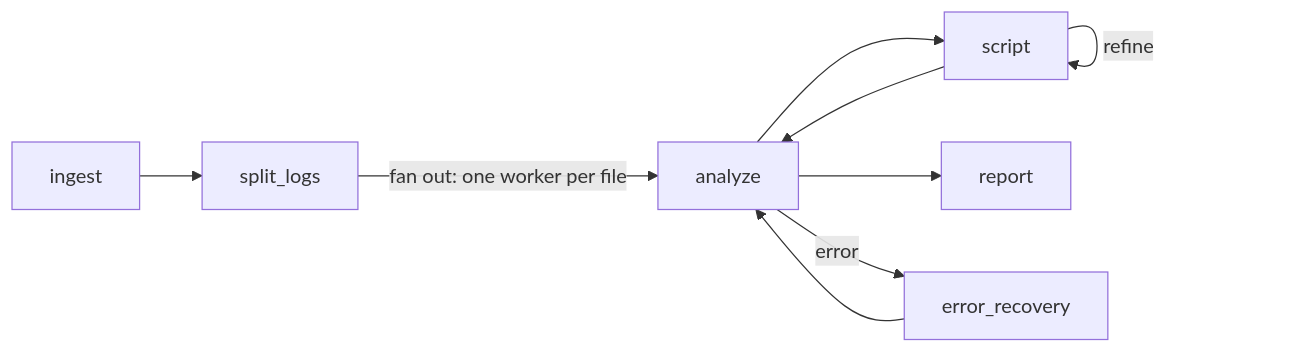
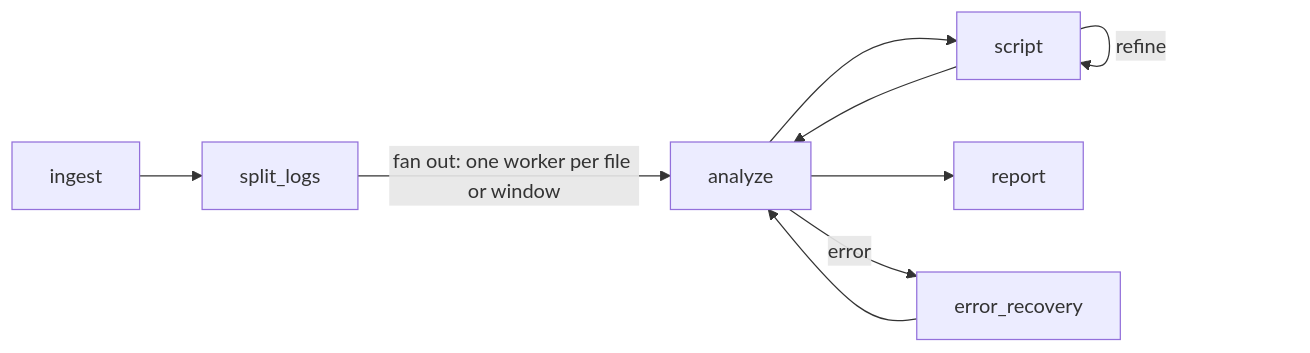
Before and after one commit to GEMISIS/leviath: the seventh of 7 diagrams in docs/content/agent-catalog.md, drawn with Mermaid. The commit also changed other lines of this file and 4 other files, not shown here.

````diff
--- a/docs/content/agent-catalog.md
+++ b/docs/content/agent-catalog.md
@@ -221,11 +222,11 @@
 ```mermaid
 flowchart LR
     ingest --> split_logs
-    split_logs -->|"fan out: one worker per file"| analyze
+    split_logs -->|"fan out: one worker per file or window"| analyze
     analyze --> script
     script -->|refine| script
     script --> analyze
     analyze --> report
     analyze -->|error| error_recovery
     error_recovery --> analyze
 ```
````
